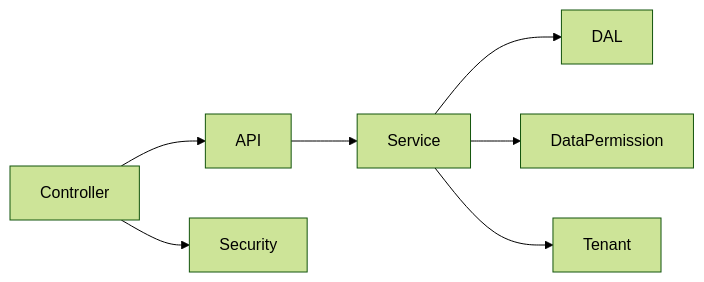
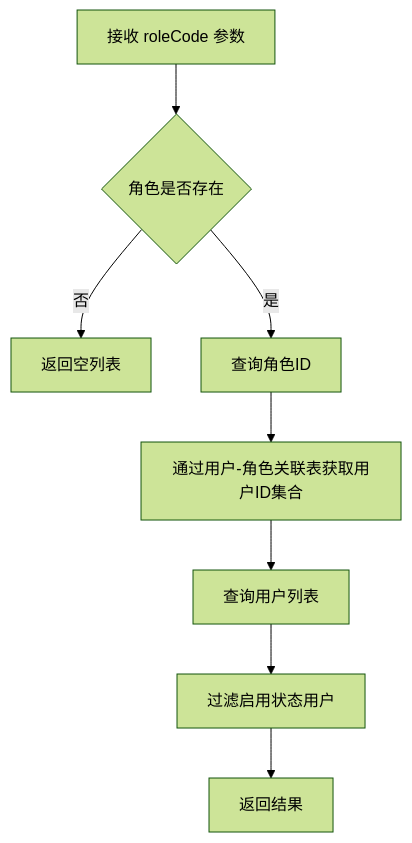
The seventh of 7 diagrams in .qoder/repowiki/zh/content/核心模块/系统管理模块/系统管理模块.md (xiaoche80s-tech/rouyi-vue-pro), drawn with Mermaid (forest theme) before and after one commit. The commit also changed other lines of this file and 331 other files, not shown here.

````diff
--- a/.qoder/repowiki/zh/content/核心模块/系统管理模块/系统管理模块.md
+++ b/.qoder/repowiki/zh/content/核心模块/系统管理模块/系统管理模块.md
@@ -351,9 +303,10 @@
 ```mermaid
-graph LR
-CTRL["Controller"] --> API["API"]
-API --> SVC["Service"]
-SVC --> DAL["DAL"]
-CTRL --> SEC["Security"]
-SVC --> DP["DataPermission"]
-SVC --> TENANT["Tenant"]
+flowchart TD
+A["接收 roleCode 参数"] --> B{"角色是否存在"}
+B --> |否| C["返回空列表"]
+B --> |是| D["查询角色ID"]
+D --> E["通过用户-角色关联表获取用户ID集合"]
+E --> F["查询用户列表"]
+F --> G["过滤启用状态用户"]
+G --> H["返回结果"]
 ```
````
